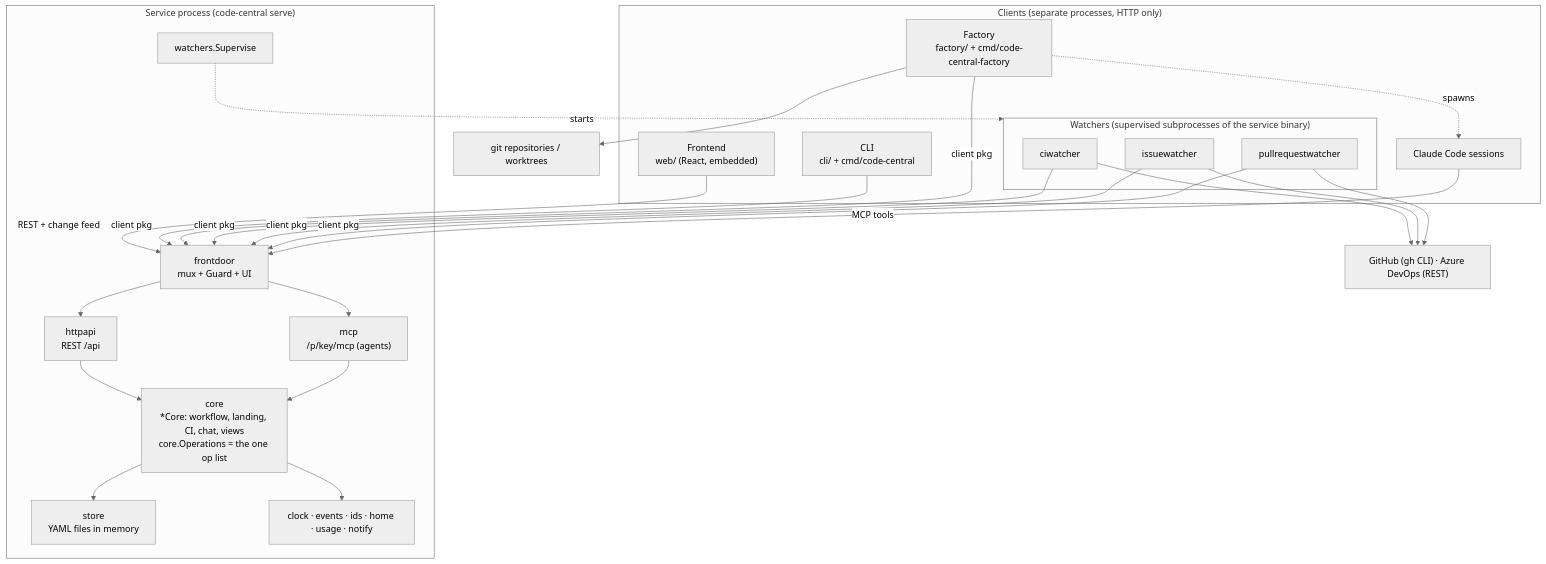
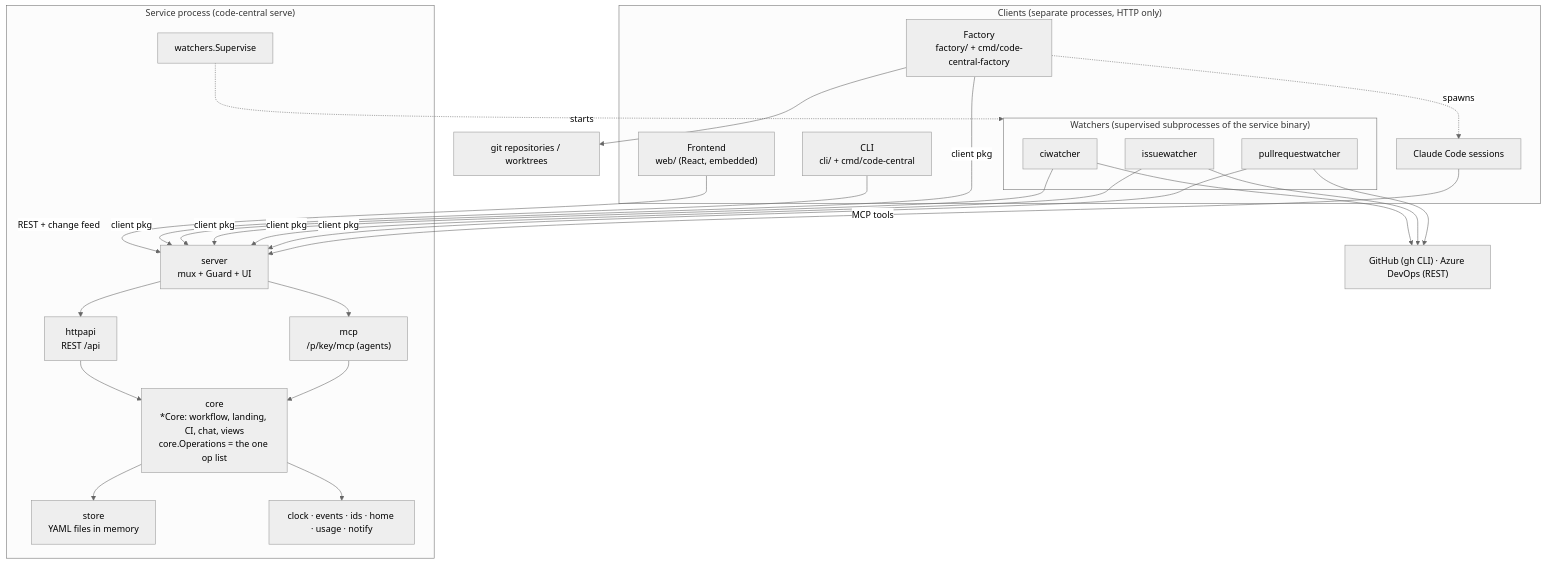
Before and after one commit to tomphp/code-central: the diagram in docs/architecture.md, drawn with Mermaid (neutral theme). The commit also changed other lines of this file and 165 other files, not shown here.

Commit message:
refactor: rename the frontdoor package to server (code-central-920)

````diff
--- a/docs/architecture.md
+++ b/docs/architecture.md
@@ -11,41 +11,41 @@
 ```mermaid
 flowchart TB
   subgraph Clients["Clients (separate processes, HTTP only)"]
     UI["Frontend<br/>web/ (React, embedded)"]
     CLI["CLI<br/>cli/ + cmd/code-central"]
     FAC["Factory<br/>factory/ + cmd/code-central-factory"]
     subgraph W["Watchers (supervised subprocesses of the service binary)"]
       CIW["ciwatcher"]
       ISW["issuewatcher"]
       PRW["pullrequestwatcher"]
     end
     AGENT["Claude Code sessions"]
   end
 
   subgraph Service["Service process (code-central serve)"]
-    FD["frontdoor<br/>mux + Guard + UI"]
+    FD["server<br/>mux + Guard + UI"]
     API["httpapi<br/>REST /api"]
     MCP["mcp<br/>/p/key/mcp (agents)"]
     CORE["core<br/>*Core: workflow, landing, CI, chat, views<br/>core.Operations = the one op list"]
     STORE["store<br/>YAML files in memory"]
     SUP["watchers.Supervise"]
     SIDE["clock · events · ids · home · usage · notify"]
   end
 
   EXT["GitHub (gh CLI) · Azure DevOps (REST)"]
   GIT["git repositories / worktrees"]
 
   UI -->|REST + change feed| FD
   CLI -->|client pkg| FD
   FAC -->|client pkg| FD
   CIW & ISW & PRW -->|client pkg| FD
   AGENT -->|MCP tools| FD
   FD --> API --> CORE
   FD --> MCP --> CORE
   CORE --> STORE
   CORE --> SIDE
   SUP -.starts.-> W
   FAC --> GIT
   FAC -.spawns.-> AGENT
   CIW & ISW & PRW --> EXT
 ```
````
